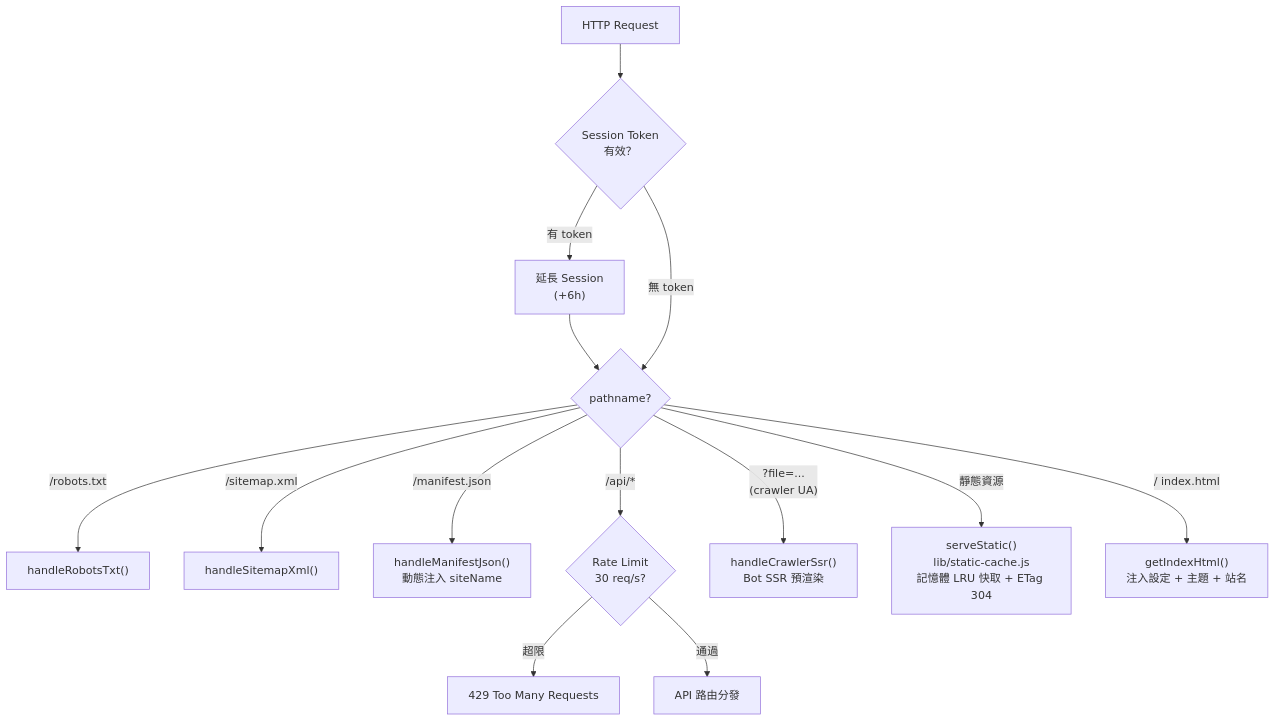
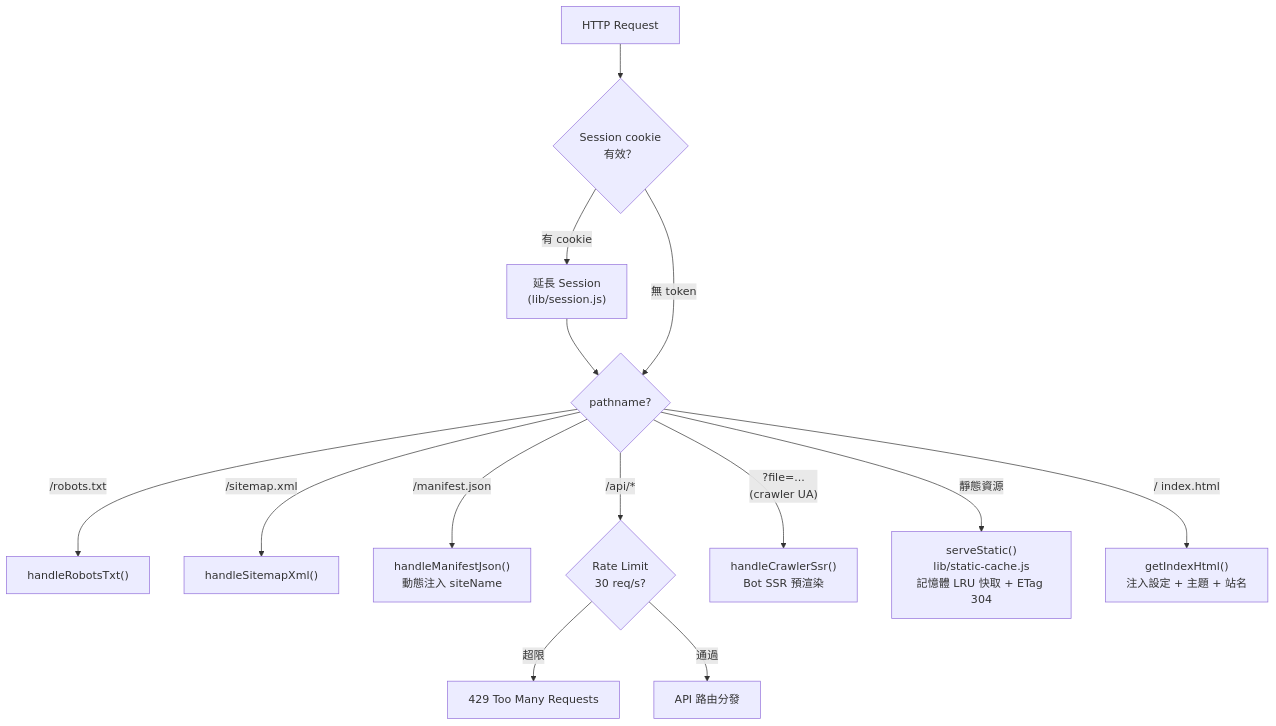
One commit to jmedzen/mdWebview changed the second of 13 diagrams in ARCHITECTURE.md. Above: the diagram before and after it, drawn with Mermaid. The commit also changed other lines of this file and 1 other file, not shown here.

Commit message:
文件：README 與 ARCHITECTURE.md 對齊 v4.31.0（檔案配置、環境變數、後台結構、資料流、開發與分支流程）

````diff
--- a/ARCHITECTURE.md
+++ b/ARCHITECTURE.md
@@ -122,17 +178,17 @@
 ```mermaid
 flowchart TD
-    Req["HTTP Request"] --> AuthCheck{"Session Token\n有效？"}
-    AuthCheck -- "有 token" --> SlideSession["延長 Session\n(+6h)"]
+    Req["HTTP Request"] --> AuthCheck{"Session cookie\n有效？"}
+    AuthCheck -- "有 cookie" --> SlideSession["延長 Session\n(lib/session.js)"]
     SlideSession --> RouteCheck
     AuthCheck -- "無 token" --> RouteCheck
 
     RouteCheck{"pathname?"} -->|"/robots.txt"| Robots["handleRobotsTxt()"]
     RouteCheck -->|"/sitemap.xml"| Sitemap["handleSitemapXml()"]
     RouteCheck -->|"/manifest.json"| Manifest["handleManifestJson()\n動態注入 siteName"]
     RouteCheck -->|"/api/*"| RateLimit{"Rate Limit\n30 req/s?"}
     RateLimit -- "超限" --> HTTP429["429 Too Many Requests"]
     RateLimit -- "通過" --> ApiRoutes["API 路由分發"]
     RouteCheck -->|"?file=...\n(crawler UA)"| CrawlerSSR["handleCrawlerSsr()\nBot SSR 預渲染"]
     RouteCheck -->|"靜態資源"| StaticFiles["serveStatic()\nlib/static-cache.js\n記憶體 LRU 快取 + ETag 304"]
     RouteCheck -->|"/  index.html"| IndexSSR["getIndexHtml()\n注入設定 + 主題 + 站名"]
 ```
````
